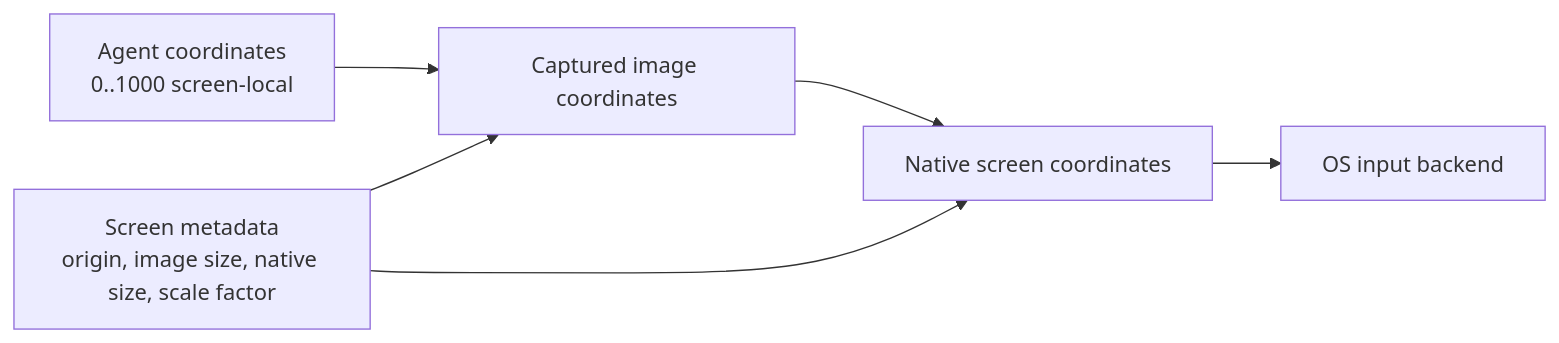
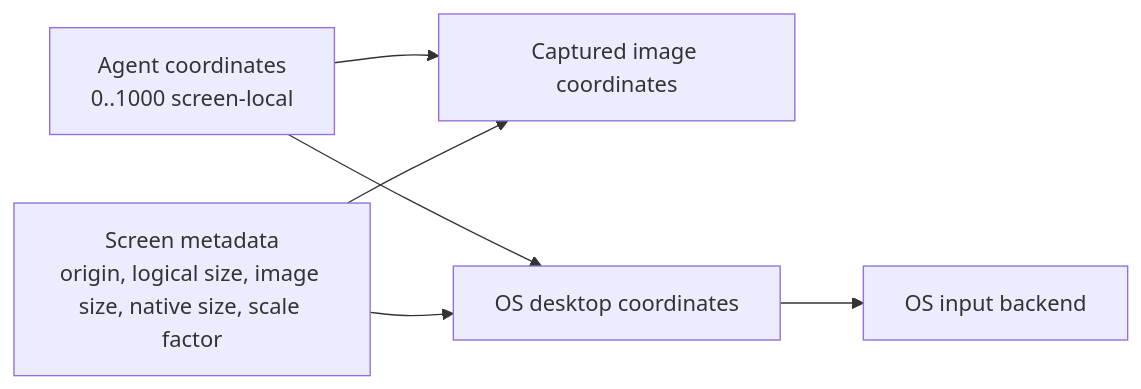
Before and after one commit to BrunoV21/FerrisGrid-CLI: the eighth of 11 diagrams in docs/architecture.md, drawn with Mermaid. The commit also changed other lines of this file and 1 other file, not shown here.

Commit message:
docs: define recording and replay architecture

````diff
--- a/docs/architecture.md
+++ b/docs/architecture.md
@@ -475,8 +485,8 @@
 ```mermaid
 flowchart LR
   agent[Agent coordinates<br/>0..1000 screen-local] --> image[Captured image coordinates]
-  image --> native[Native screen coordinates]
-  native --> os[OS input backend]
-  metadata[Screen metadata<br/>origin, image size, native size, scale factor] --> image
-  metadata --> native
+  agent --> desktop[OS desktop coordinates]
+  desktop --> os[OS input backend]
+  metadata[Screen metadata<br/>origin, logical size, image size, native size, scale factor] --> image
+  metadata --> desktop
 ```
````
